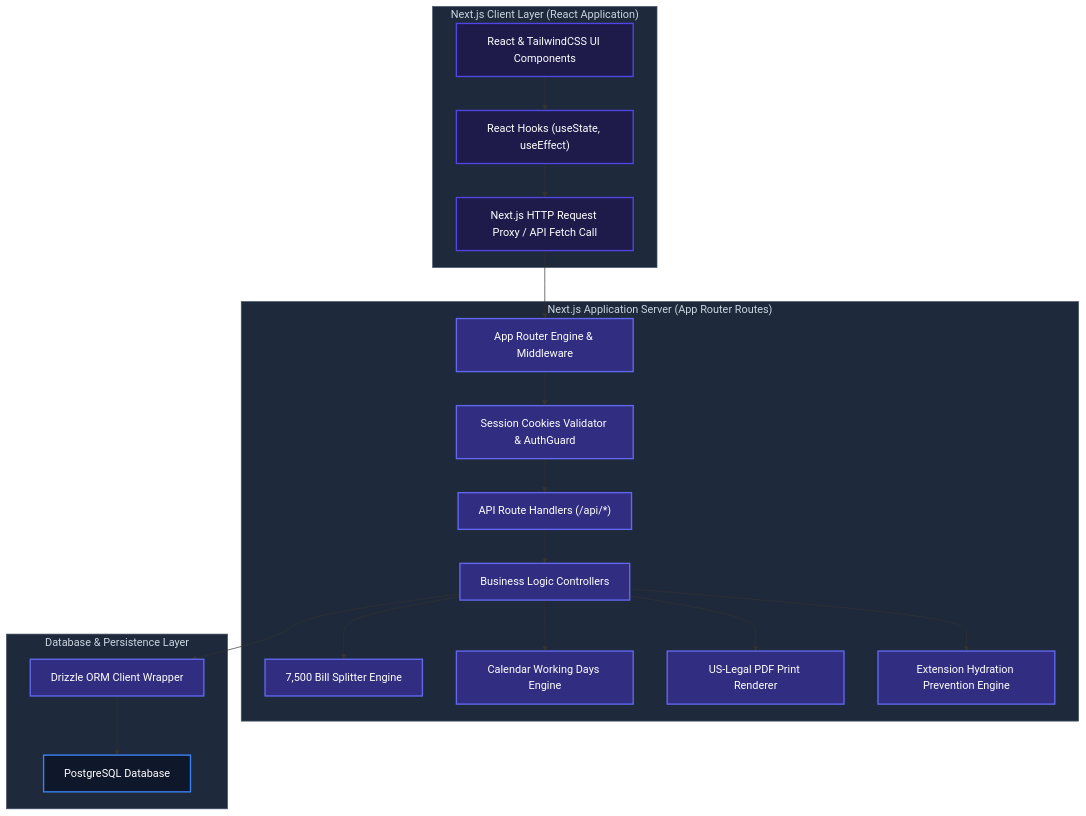
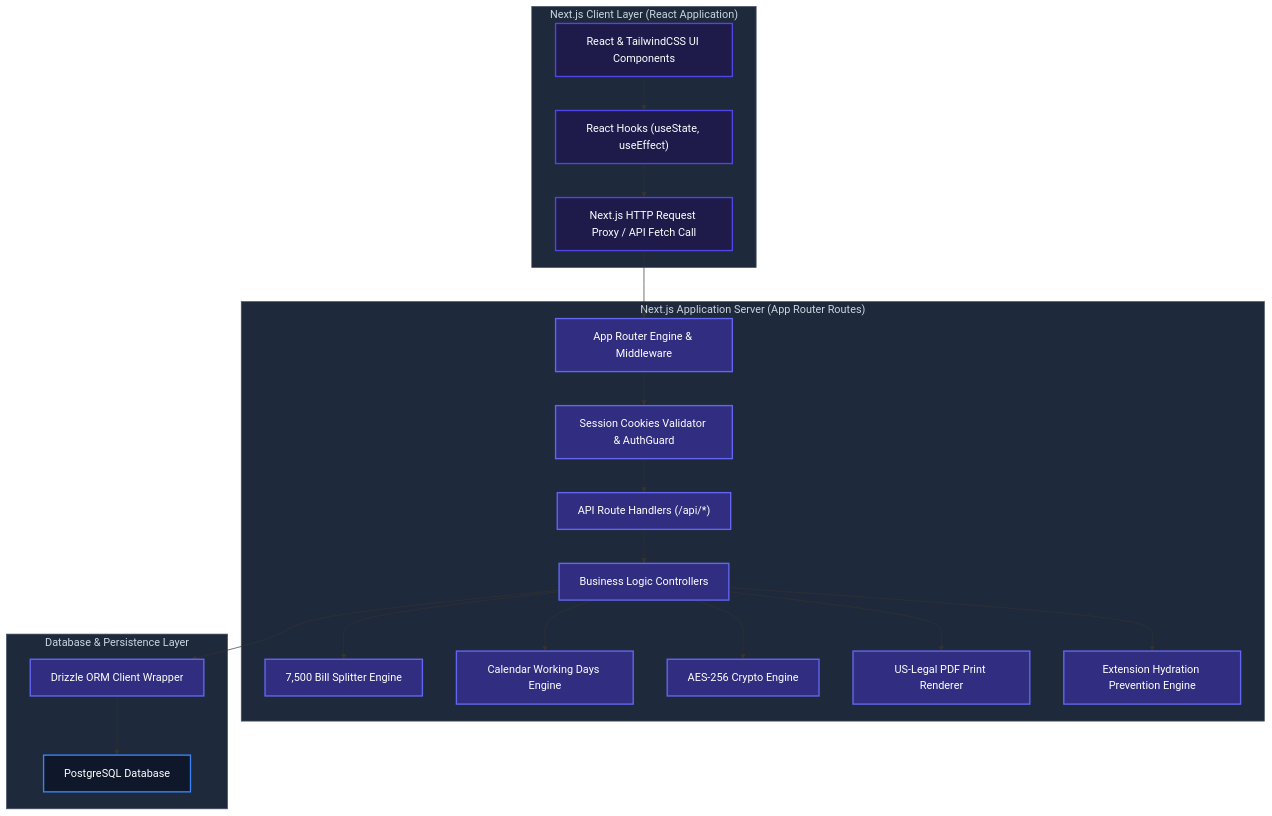
One commit to syedarifulislamemon2010/Late-Sitting-Holiday-Night-Duty changed the second of 14 diagrams in README.md. Above: the diagram before and after it, drawn with Mermaid. The commit also changed other lines of this file and 9 other files, not shown here.

````diff
--- a/README.md
+++ b/README.md
@@ -146,32 +180,33 @@
 ```mermaid
 graph TD
     classDef client fill:#1e1b4b,stroke:#4f46e5,stroke-width:2px,color:#fff;
     classDef server fill:#312e81,stroke:#6366f1,stroke-width:2px,color:#fff;
     classDef storage fill:#0f172a,stroke:#3b82f6,stroke-width:2px,color:#fff;
     classDef box fill:#1e293b,stroke:#475569,stroke-width:1px,color:#cbd5e1;
 
     subgraph Client["Next.js Client Layer (React Application)"]
         UI["React & TailwindCSS UI Components"]:::client --> State["React Hooks (useState, useEffect)"]:::client
         State --> Proxy["Next.js HTTP Request Proxy / API Fetch Call"]:::client
     end
 
     subgraph Server["Next.js Application Server (App Router Routes)"]
         Proxy --> Router["App Router Engine & Middleware"]:::server
         Router --> Auth["Session Cookies Validator & AuthGuard"]:::server
         Auth --> Endpoints["API Route Handlers (/api/*)"]:::server
         Endpoints --> BusinessLogic["Business Logic Controllers"]:::server
         
         %% Mechanisms
         BusinessLogic --> LimitSplitter["7,500 Bill Splitter Engine"]:::server
         BusinessLogic --> CalendarEngine["Calendar Working Days Engine"]:::server
+        BusinessLogic --> CryptoEngine["AES-256 Crypto Engine"]:::server
         BusinessLogic --> PrintStyles["US-Legal PDF Print Renderer"]:::server
         BusinessLogic --> ExtensionFix["Extension Hydration Prevention Engine"]:::server
     end
 
     subgraph Storage["Database & Persistence Layer"]
         BusinessLogic --> Drizzle["Drizzle ORM Client Wrapper"]:::server
         Drizzle --> NeonPostgreSQL["PostgreSQL Database"]:::storage
     end
 
     class Client,Server,Storage box;
 ```
````
